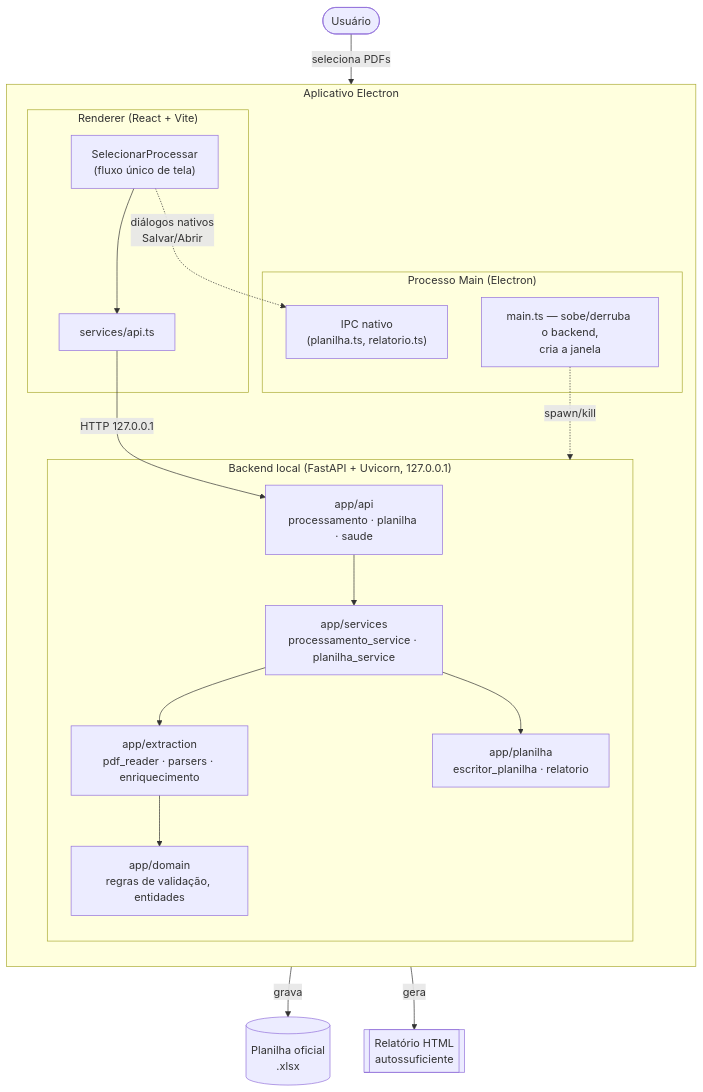
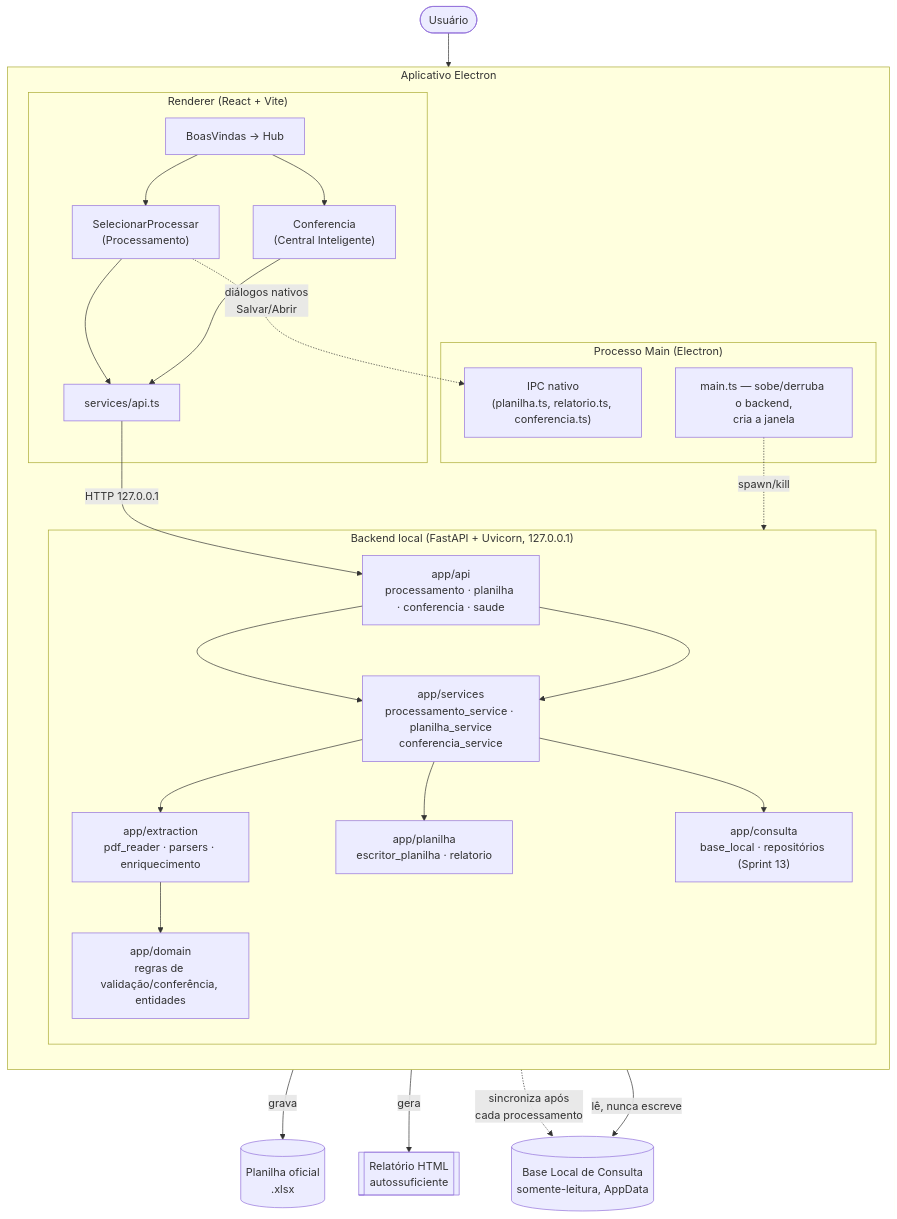
Before and after one commit to vini-c-m/ExtratorDiarias: the first of 2 diagrams in docs/architecture/README.md, drawn with Mermaid. The commit also changed other lines of this file and 23 other files, not shown here.

````diff
--- a/docs/architecture/README.md
+++ b/docs/architecture/README.md
@@ -7,28 +9,35 @@
 ```mermaid
 flowchart TB
     subgraph Desktop["Aplicativo Electron"]
         direction TB
         subgraph Main["Processo Main (Electron)"]
             M1["main.ts — sobe/derruba o backend,\ncria a janela"]
-            IPC["IPC nativo\n(planilha.ts, relatorio.ts)"]
+            IPC["IPC nativo\n(planilha.ts, relatorio.ts, conferencia.ts)"]
         end
         subgraph Renderer["Renderer (React + Vite)"]
-            R1["SelecionarProcessar\n(fluxo único de tela)"]
+            R0["BoasVindas → Hub"]
+            R1["SelecionarProcessar\n(Processamento)"]
+            R3["Conferencia\n(Central Inteligente)"]
             R2["services/api.ts"]
         end
         subgraph Backend["Backend local (FastAPI + Uvicorn, 127.0.0.1)"]
-            API["app/api\nprocessamento · planilha · saude"]
-            SVC["app/services\nprocessamento_service · planilha_service"]
+            API["app/api\nprocessamento · planilha · conferencia · saude"]
+            SVC["app/services\nprocessamento_service · planilha_service\nconferencia_service"]
             EXT["app/extraction\npdf_reader · parsers · enriquecimento"]
-            DOM["app/domain\nregras de validação, entidades"]
+            DOM["app/domain\nregras de validação/conferência, entidades"]
             PLA["app/planilha\nescritor_planilha · relatorio"]
+            CONS["app/consulta\nbase_local · repositórios (Sprint 13)"]
         end
     end
-    Usuario(["Usuário"]) -->|seleciona PDFs| R1
+    Usuario(["Usuário"]) --> R0
+    R0 --> R1 & R3
     R1 --> R2 -->|HTTP 127.0.0.1| API
+    R3 --> R2
     R1 -.->|diálogos nativos<br/>Salvar/Abrir| IPC
     API --> SVC --> EXT --> DOM
     SVC --> PLA -->|grava| XLSX[("Planilha oficial\n.xlsx")]
     PLA -->|gera| HTML[["Relatório HTML\nautossuficiente"]]
+    PLA -.->|sincroniza após\ncada processamento| BASE[("Base Local de Consulta\nsomente-leitura, AppData")]
+    API --> SVC --> CONS -->|lê, nunca escreve| BASE
     M1 -.->|spawn/kill| Backend
 ```
````
